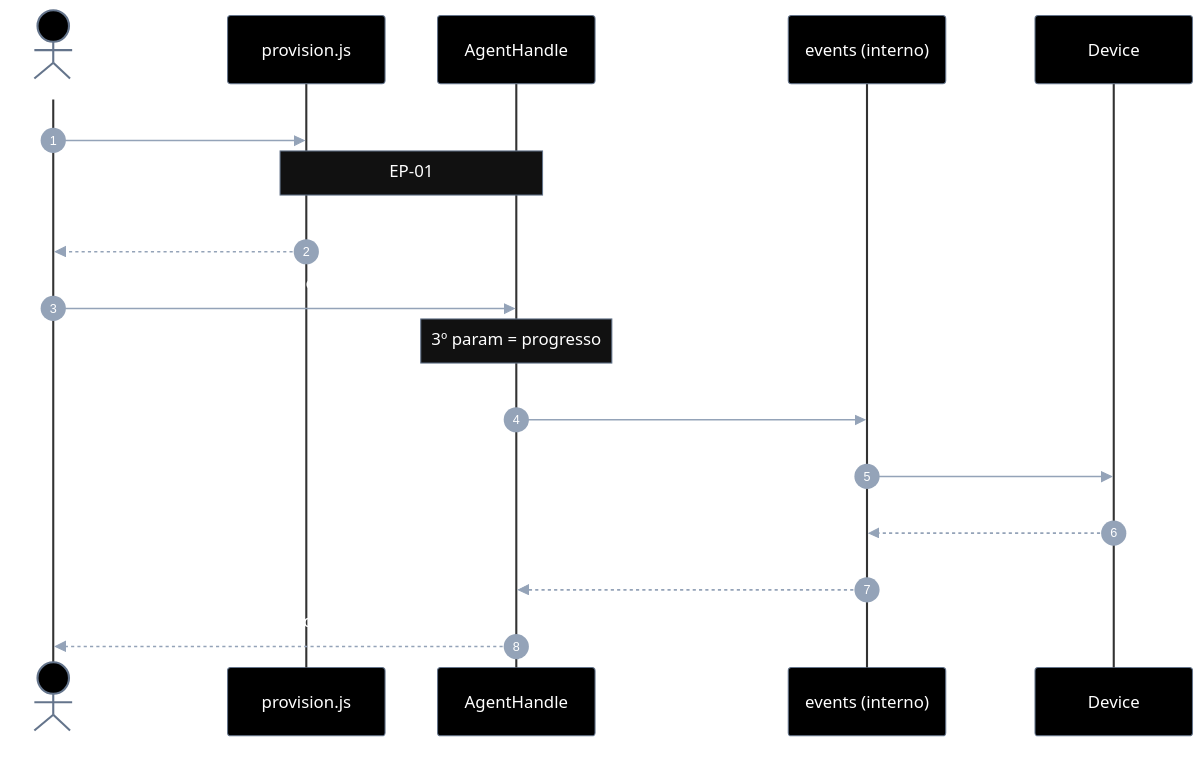
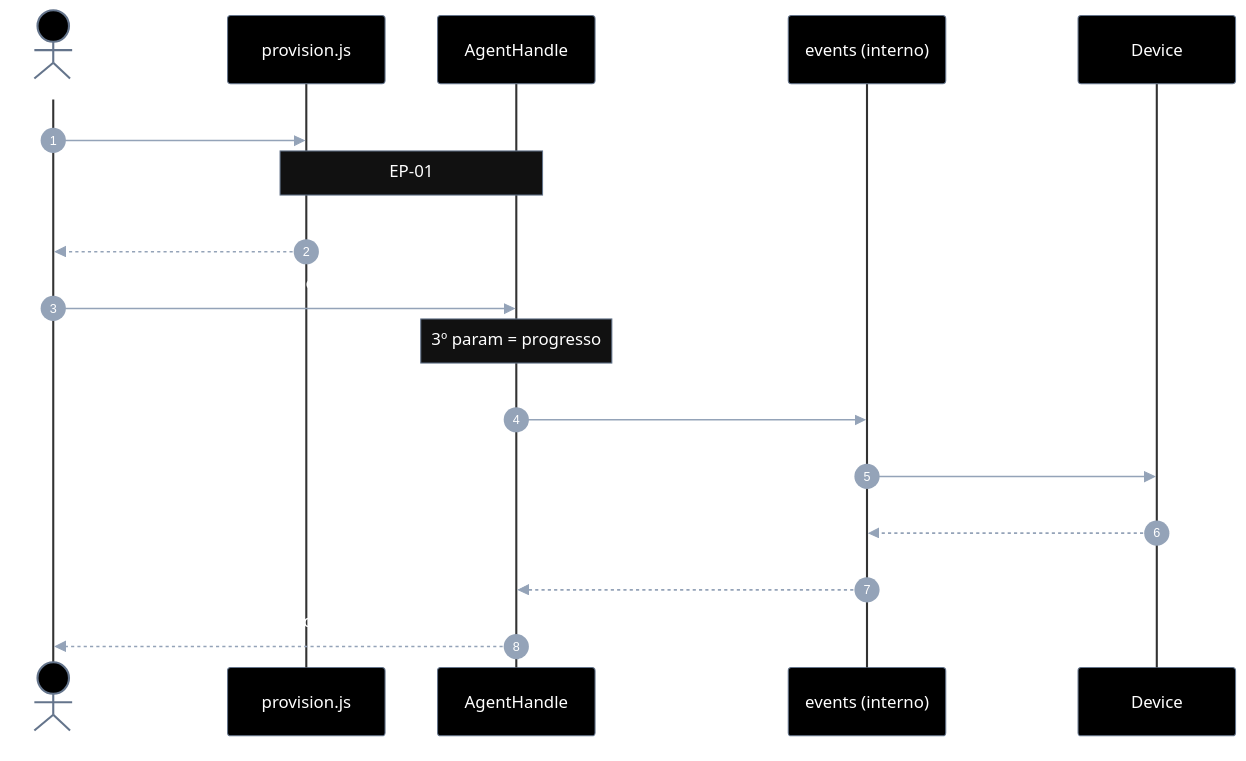
Before and after one commit to laerciogermano/workstation: the first of 2 diagrams in screen-robot/implementation-plan/EP-02-eventos-de-ui.md, drawn with Mermaid. The commit also changed other lines of this file and 27 other files, not shown here.

First line of the commit message:
Documenta percepção e automação por frame + OCR/visão (sem dump uiautomator).

````diff
--- a/screen-robot/implementation-plan/EP-02-eventos-de-ui.md
+++ b/screen-robot/implementation-plan/EP-02-eventos-de-ui.md
@@ -103,62 +106,62 @@
 ```mermaid
 ---
 config:
   theme: base
   themeVariables:
     darkMode: true
     background: '#000000'
     primaryColor: '#000000'
     primaryTextColor: '#ffffff'
     primaryBorderColor: '#64748b'
     secondaryColor: '#000000'
     secondaryTextColor: '#ffffff'
     secondaryBorderColor: '#64748b'
     tertiaryColor: '#000000'
     tertiaryTextColor: '#ffffff'
     tertiaryBorderColor: '#64748b'
     lineColor: '#64748b'
     textColor: '#ffffff'
     mainBkg: '#000000'
     nodeBorder: '#64748b'
     clusterBkg: '#000000'
     clusterBorder: '#333333'
     titleColor: '#ffffff'
     edgeLabelBackground: '#000000'
     actorBkg: '#000000'
     actorBorder: '#64748b'
     actorTextColor: '#ffffff'
     actorLineColor: '#333333'
     signalColor: '#94a3b8'
     signalTextColor: '#ffffff'
     labelBoxBkgColor: '#000000'
     labelBoxBorderColor: '#64748b'
     labelTextColor: '#ffffff'
     loopTextColor: '#ffffff'
     noteBorderColor: '#64748b'
     noteBkgColor: '#111111'
     noteTextColor: '#ffffff'
     activationBorderColor: '#64748b'
     activationBkgColor: '#1a1a1a'
     sequenceNumberColor: '#ffffff'
     classText: '#ffffff'
 ---
 sequenceDiagram
   autonumber
   actor Dev as Caller / CLI
   participant P as provision.js
   participant H as AgentHandle
   participant E as events (interno)
   participant D as Device
 
   Dev->>P: provisionEmulator(cfg)
   note over P,H: EP-01
   P-->>Dev: handle { serial, on, ... }
 
   Dev->>H: on(event, opts, onEvent?)
   note over H: 3º param = progresso
   H->>E: on(event, { ...opts, serial }, onEvent)
-  E->>D: poll (boot / fg / dump)
+  E->>D: poll (boot / fg / frame hash)
   D-->>E: evidência
   E-->>H: UiEventResult
   H-->>Dev: resultado
 ```
````
